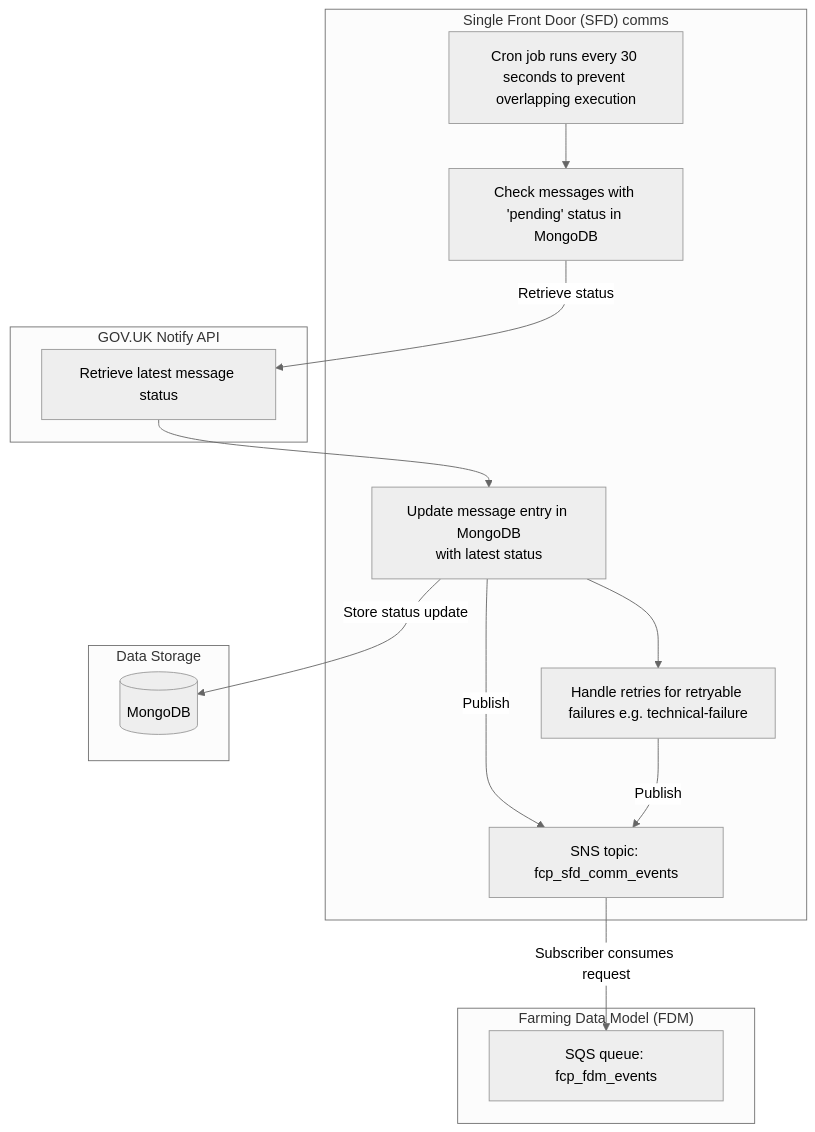
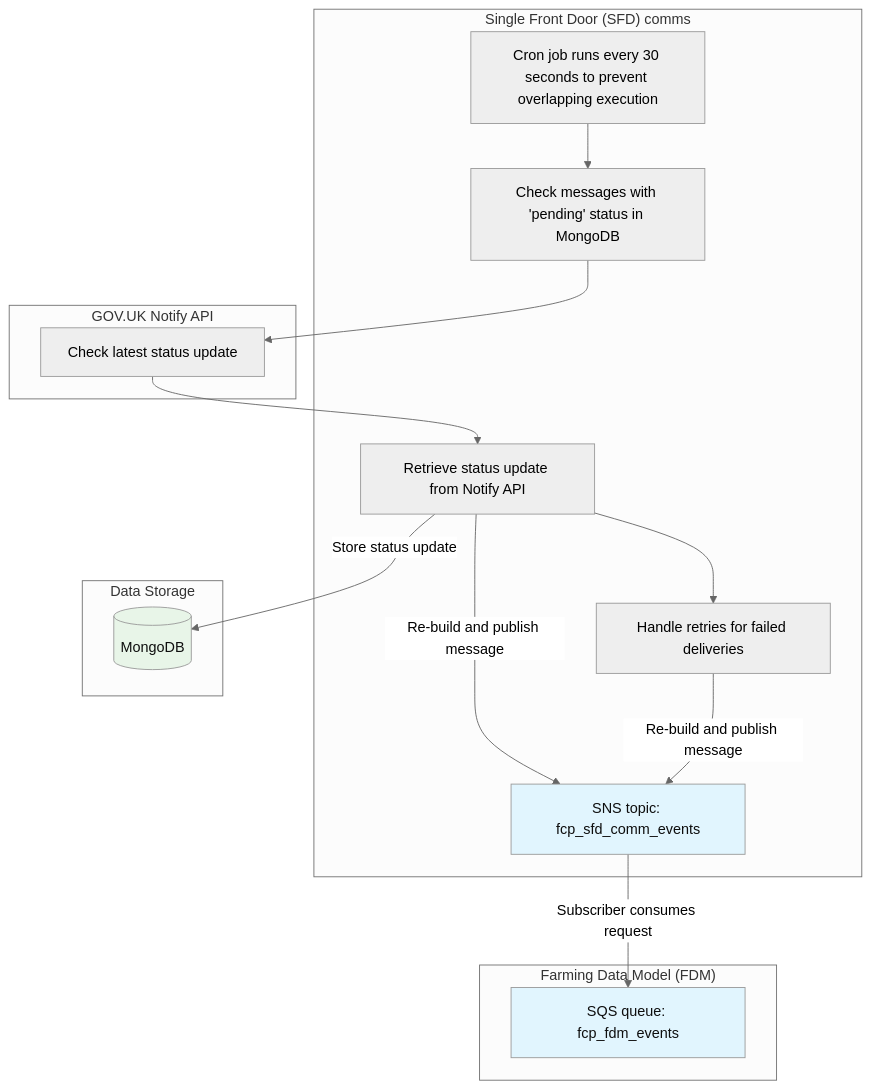
One commit to DEFRA/fcp-sfd-comms changed the second of 2 diagrams in README.md. Above: the diagram before and after it, drawn with Mermaid (neutral theme). The commit also changed other lines of this file, not shown here.

Commit message:
finalise diagrams

````diff
--- a/README.md
+++ b/README.md
@@ -62,31 +69,35 @@
 ```mermaid
-graph
+graph TB
     subgraph "Single Front Door (SFD) comms"
         CRON[Cron job runs every 30 seconds to prevent overlapping execution]
         CHECK_DB[Check messages with 'pending' status in MongoDB]
-        UPDATE_DB[Update message entry in MongoDB<br>with latest status]
-        RETRY[Handle retries for retryable failures e.g. technical-failure]
-        PUBLISH_SNS[SNS topic: fcp_sfd_comm_events]
+        UPDATE_DB[Retrieve status update from Notify API]
+        RETRY[Handle retries for failed deliveries]
+        SNS[SNS topic: fcp_sfd_comm_events]
     end
 
     subgraph "GOV.UK Notify API"
-        NOTIFY_STATUS[Retrieve latest message status]
+        NOTIFY_STATUS[Check latest status update]
     end
 
     subgraph "Data Storage"
         MONGO[(MongoDB)]
     end
 
     subgraph "Farming Data Model (FDM)"
         SQS[SQS queue: fcp_fdm_events]
     end
 
     CRON --> CHECK_DB
-    CHECK_DB -->|Retrieve status| NOTIFY_STATUS
+    CHECK_DB --> NOTIFY_STATUS
     NOTIFY_STATUS --> UPDATE_DB
     UPDATE_DB -->|Store status update| MONGO
-    UPDATE_DB -->|Publish| PUBLISH_SNS
-    PUBLISH_SNS -->|Subscriber consumes request| SQS
+    UPDATE_DB -->|Re-build and publish message| SNS
+    SNS -->|Subscriber consumes request| SQS
     UPDATE_DB --> RETRY
-    RETRY -->|Publish| PUBLISH_SNS
+    RETRY -->|Re-build and publish message| SNS
+
+    style MONGO fill:#e8f5e8,color:#0E0E0E
+    style SNS fill:#e1f5fe,color:#0E0E0E
+    style SQS fill:#e1f5fe,color:#0E0E0E
 ```
````
